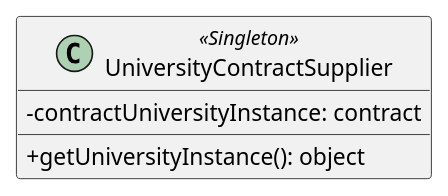
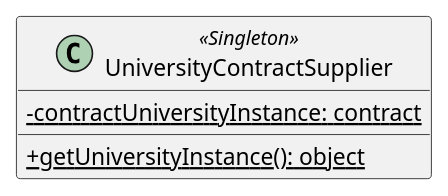
One commit to M9k/Marvin-Uml changed the diagram in web3function/file/UniversityContractSupplier.iuml. Above: the diagram before and after it, drawn with PlantUML. The commit also changed 1 other file, not shown here.

```diff
--- a/web3function/file/UniversityContractSupplier.iuml
+++ b/web3function/file/UniversityContractSupplier.iuml
@@ -1,8 +1,8 @@
 @startuml
 skinparam classAttributeIconSize 0
 class UniversityContractSupplier << Singleton >> {
-- contractUniversityInstance: contract
+{static} - contractUniversityInstance: contract
 __
-+ getUniversityInstance(): object
+{static} + getUniversityInstance(): object
 }
 @enduml
```
